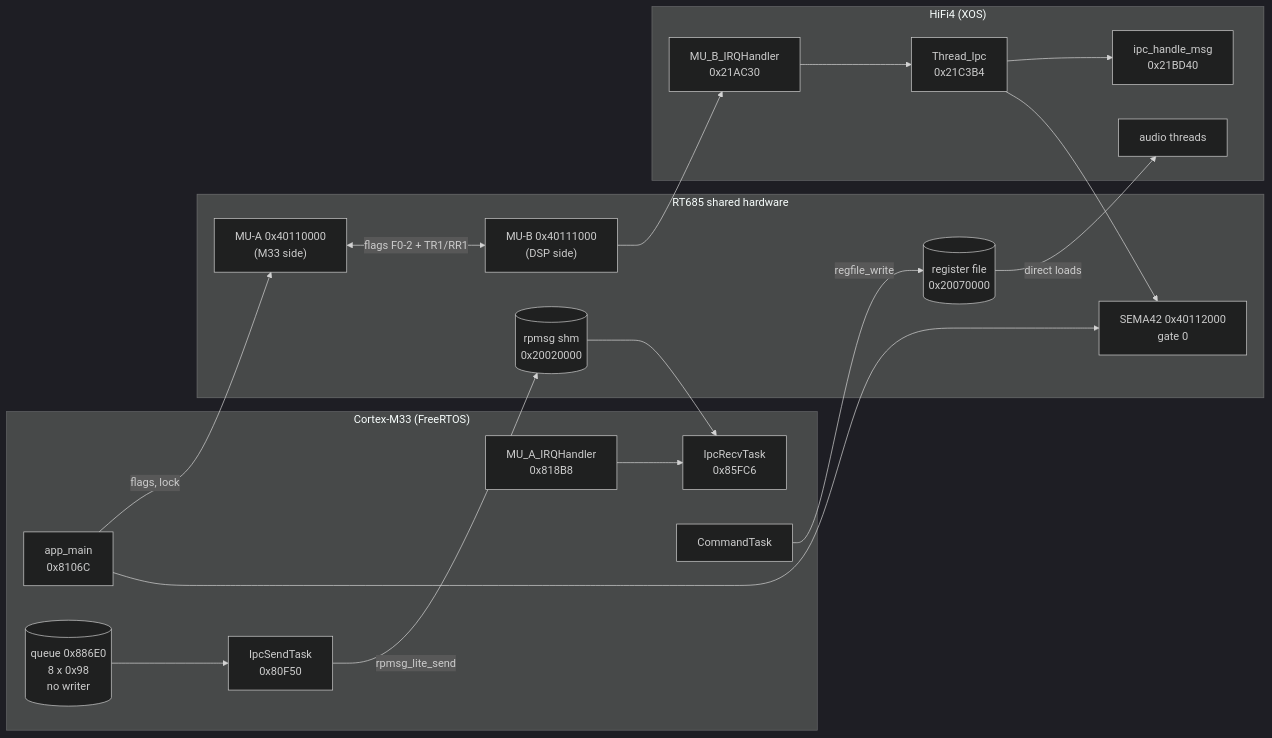
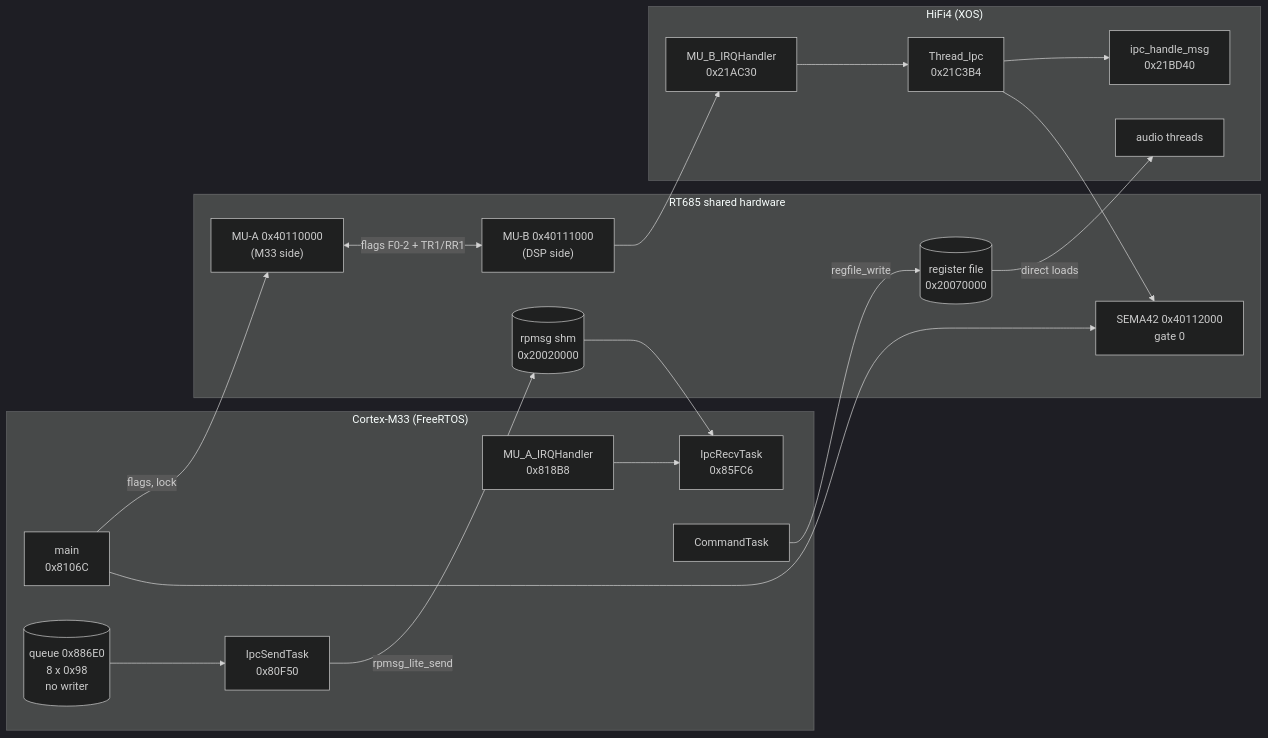
One commit to Reid-n0rc/FT-710_Firmware changed the first of 4 diagrams in docs/code/ifdsp/ipc.md. Above: the diagram before and after it, drawn with Mermaid (dark theme). The commit also changed other lines of this file and 8 other files, not shown here.

````diff
--- a/docs/code/ifdsp/ipc.md
+++ b/docs/code/ifdsp/ipc.md
@@ -36,35 +36,35 @@
 ```mermaid
 flowchart LR
   subgraph M33["Cortex-M33 (FreeRTOS)"]
-    AM["app_main<br/>0x8106C"]
+    AM["main<br/>0x8106C"]
     IRT["IpcRecvTask<br/>0x85FC6"]
     IST["IpcSendTask<br/>0x80F50"]
     Q[("queue 0x886E0<br/>8 x 0x98<br/>no writer")]
     MUAH["MU_A_IRQHandler<br/>0x818B8"]
     CT["CommandTask"]
   end
   subgraph HW["RT685 shared hardware"]
     MUA["MU-A 0x40110000<br/>(M33 side)"]
     MUB["MU-B 0x40111000<br/>(DSP side)"]
     SEM["SEMA42 0x40112000<br/>gate 0"]
     SHM[("rpmsg shm<br/>0x20020000")]
     RF[("register file<br/>0x20070000")]
   end
   subgraph DSP["HiFi4 (XOS)"]
     TI["Thread_Ipc<br/>0x21C3B4"]
     MUBH["MU_B_IRQHandler<br/>0x21AC30"]
     HM["ipc_handle_msg<br/>0x21BD40"]
     DT["audio threads"]
   end
   Q --> IST
   IST -- "rpmsg_lite_send" --> SHM
   SHM --> IRT
   MUAH --> IRT
   MUA <-- "flags F0-2 + TR1/RR1" --> MUB
   MUB --> MUBH --> TI --> HM
   AM -- "flags, lock" --> MUA
   AM --> SEM
   TI --> SEM
   CT -- "regfile_write" --> RF
   RF -- "direct loads" --> DT
 ```
````
